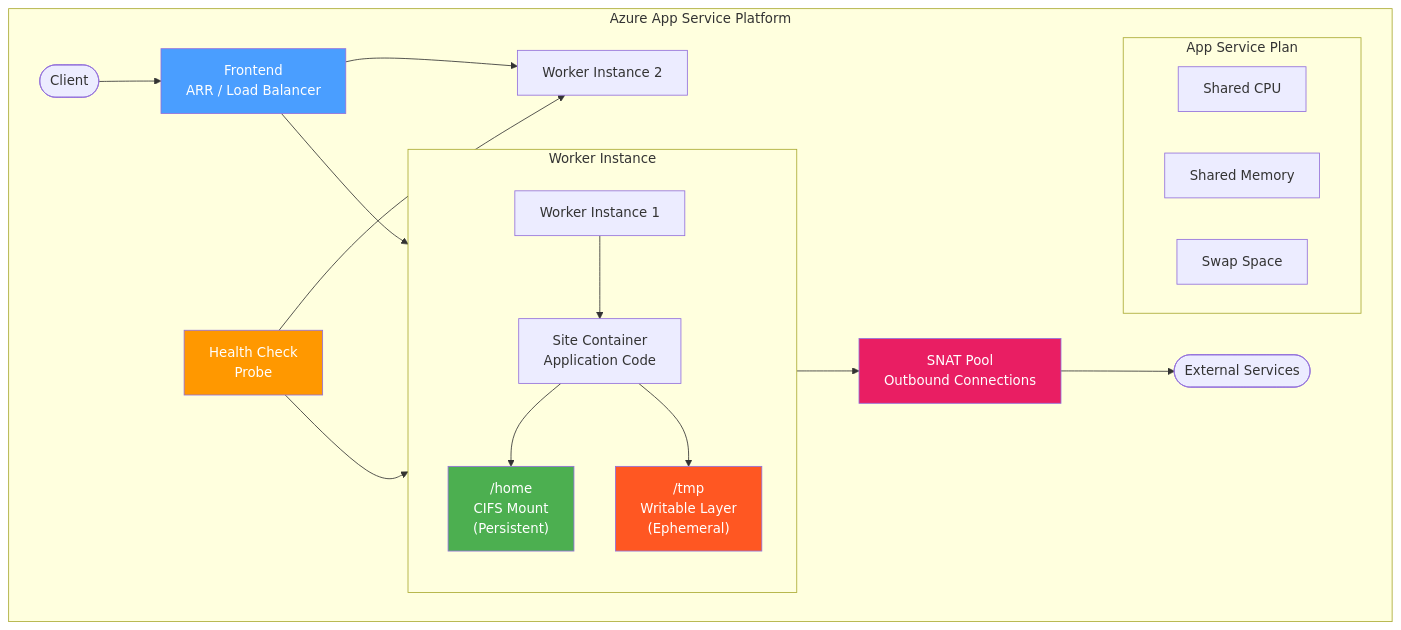
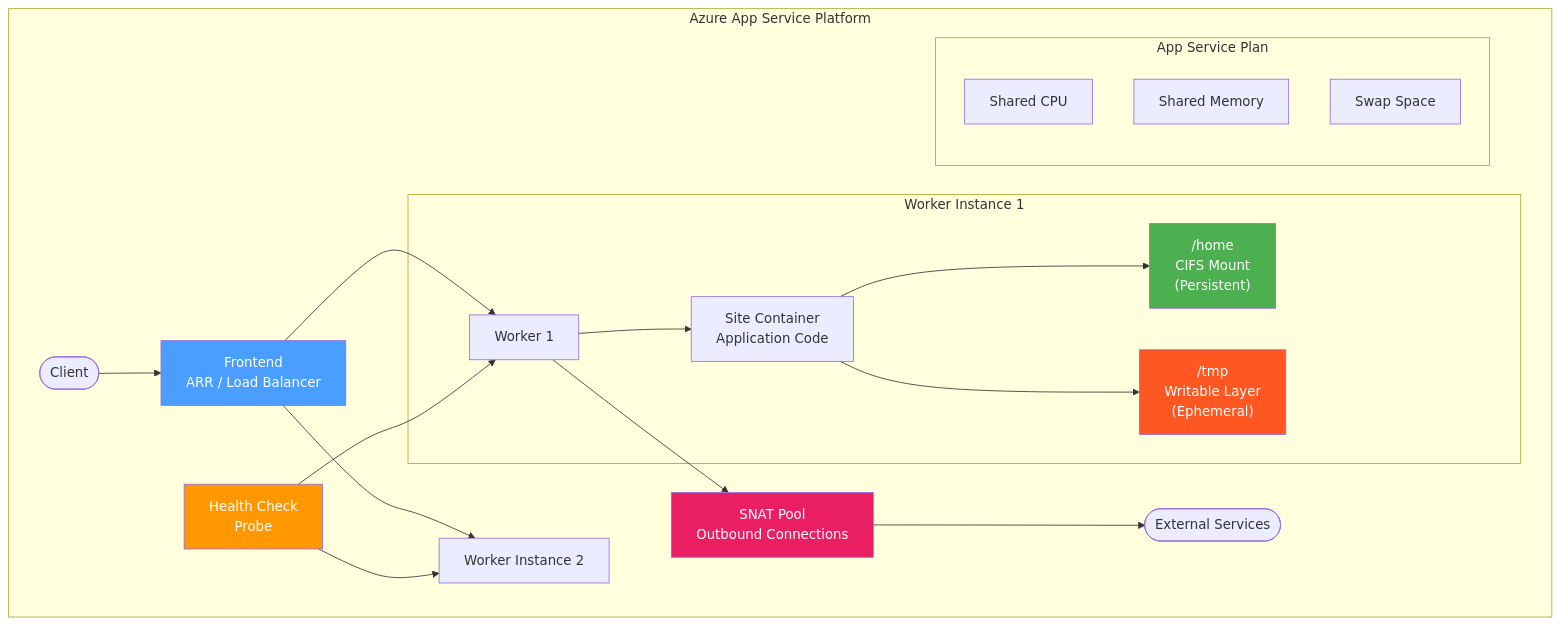
The diagram in docs/app-service/index.md (yeongseon/azure-paas-troubleshooting-labs), drawn with Mermaid before and after one commit. The commit also changed 40 other files, not shown here.

````diff
--- a/docs/app-service/index.md
+++ b/docs/app-service/index.md
@@ -14,35 +14,33 @@
 ```mermaid
 graph TB
     subgraph "Azure App Service Platform"
         Client([Client]) --> FE[Frontend<br/>ARR / Load Balancer]
 
-        FE --> W1[Worker Instance 1]
+        FE --> W1
         FE --> W2[Worker Instance 2]
 
-        subgraph "Worker Instance"
-            direction TB
-            W1 --> SC[Site Container<br/>Application Code]
+        subgraph "Worker Instance 1"
+            W1[Worker 1] --> SC[Site Container<br/>Application Code]
             SC --> HOME["/home<br/>CIFS Mount<br/>(Persistent)"]
             SC --> TMP["/tmp<br/>Writable Layer<br/>(Ephemeral)"]
         end
 
         W1 --> SNAT[SNAT Pool<br/>Outbound Connections]
         SNAT --> EXT([External Services])
 
         HC[Health Check<br/>Probe] --> W1
         HC --> W2
 
         subgraph "App Service Plan"
-            direction LR
             CPU[Shared CPU]
             MEM[Shared Memory]
             SWAP[Swap Space]
         end
     end
 
     style FE fill:#4a9eff,color:#fff
     style HC fill:#ff9800,color:#fff
     style SNAT fill:#e91e63,color:#fff
     style HOME fill:#4caf50,color:#fff
     style TMP fill:#ff5722,color:#fff
 ```
````
